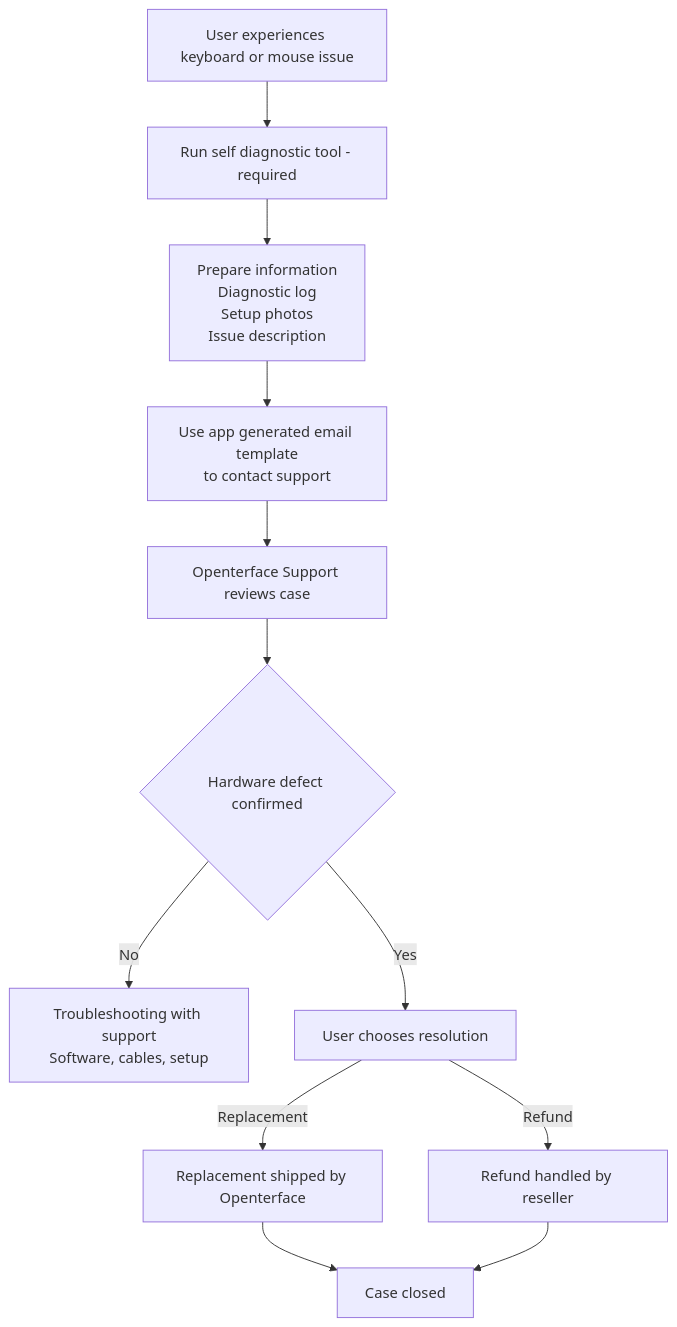
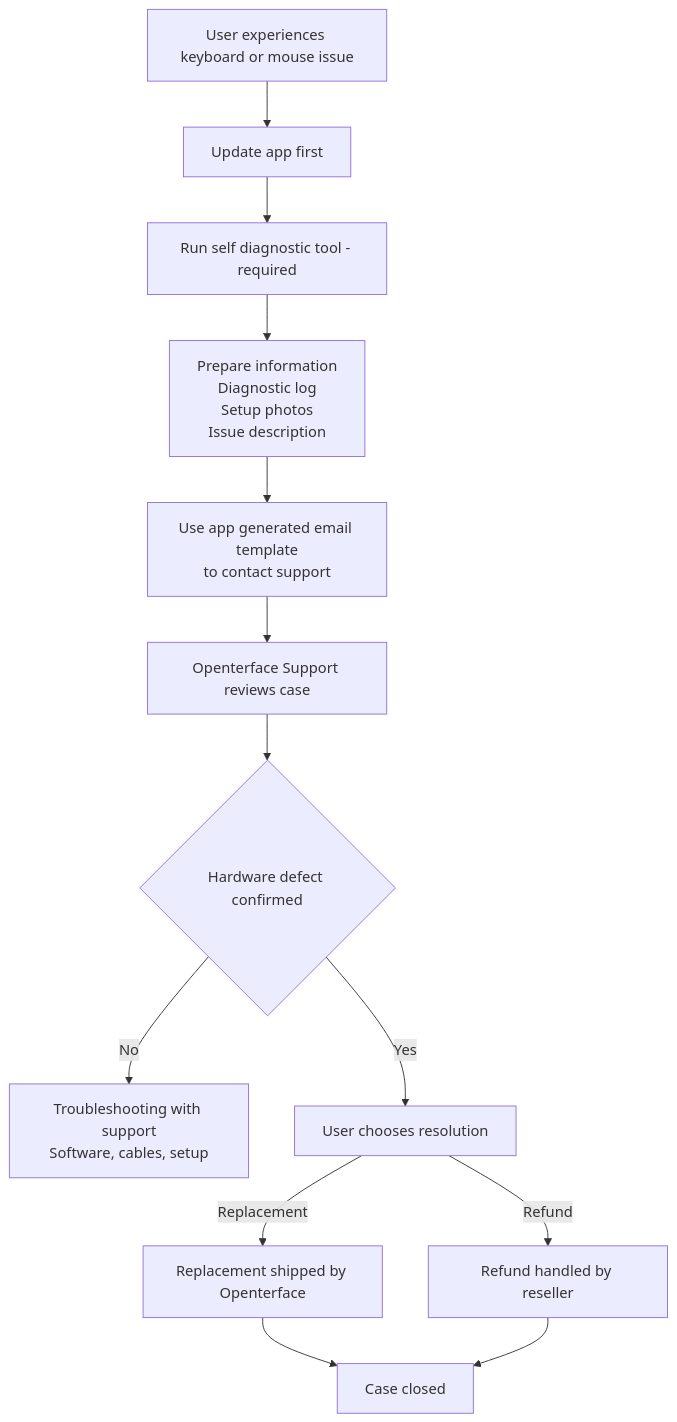
The diagram in docs/product/minikvm/support/mini-kvm-troubleshooting-and-support.md (TechxArtisanStudio/Openterface), drawn with Mermaid before and after one commit. The commit also changed other lines of this file and 29 other files, not shown here.

````diff
--- a/docs/product/minikvm/support/mini-kvm-troubleshooting-and-support.md
+++ b/docs/product/minikvm/support/mini-kvm-troubleshooting-and-support.md
@@ -39,21 +39,22 @@
 ```mermaid
 flowchart TD
-    U[User experiences keyboard or mouse issue] --> D[Run self diagnostic tool - required]
+    U[User experiences keyboard or mouse issue] --> A[Update app first]
+    A --> D[Run self diagnostic tool - required]
 
     D --> P[Prepare information<br/>Diagnostic log<br/>Setup photos<br/>Issue description]
 
     P --> E[Use app generated email template<br/>to contact support]
 
     E --> S[Openterface Support reviews case]
 
     S --> R{Hardware defect confirmed}
 
     R -- No --> F[Troubleshooting with support<br/>Software, cables, setup]
     R -- Yes --> C[User chooses resolution]
 
     C -- Replacement --> REP[Replacement shipped by Openterface]
     C -- Refund --> REF[Refund handled by reseller]
 
     REP --> END[Case closed]
     REF --> END
 ```
````
